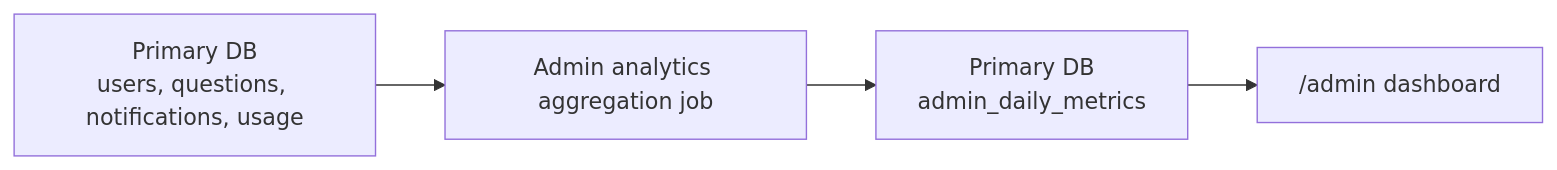
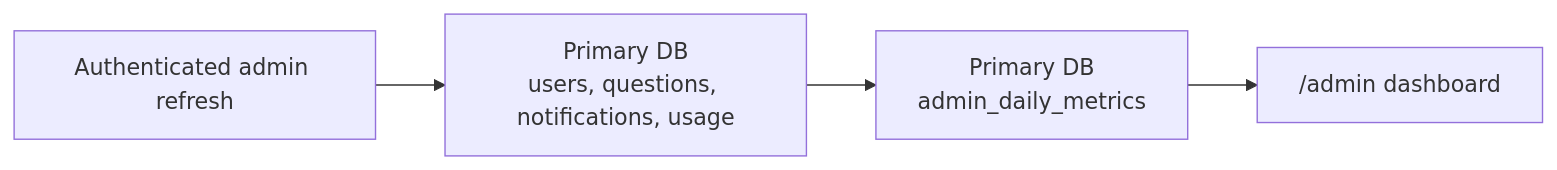
The diagram in docs/ADMIN_ANALYTICS_AGGREGATION.md (ghkdqhrbals/buddy-studdy), drawn with Mermaid before and after one commit. The commit also changed other lines of this file and 19 other files, not shown here.

Commit message:
Remove admin analytics batch jobs

````diff
--- a/docs/ADMIN_ANALYTICS_AGGREGATION.md
+++ b/docs/ADMIN_ANALYTICS_AGGREGATION.md
@@ -24,6 +25,6 @@
 ```mermaid
 flowchart LR
-    Source["Primary DB\nusers, questions, notifications, usage"] --> Job["Admin analytics aggregation job"]
-    Job --> Agg["Primary DB\nadmin_daily_metrics"]
-    Agg --> Admin["/admin dashboard"]
+    Operator["Authenticated admin refresh"] --> Source["Primary DB\nusers, questions, notifications, usage"]
+    Source --> Agg["Primary DB\nadmin_daily_metrics"]
+    Agg --> Dashboard["/admin dashboard"]
 ```
````
